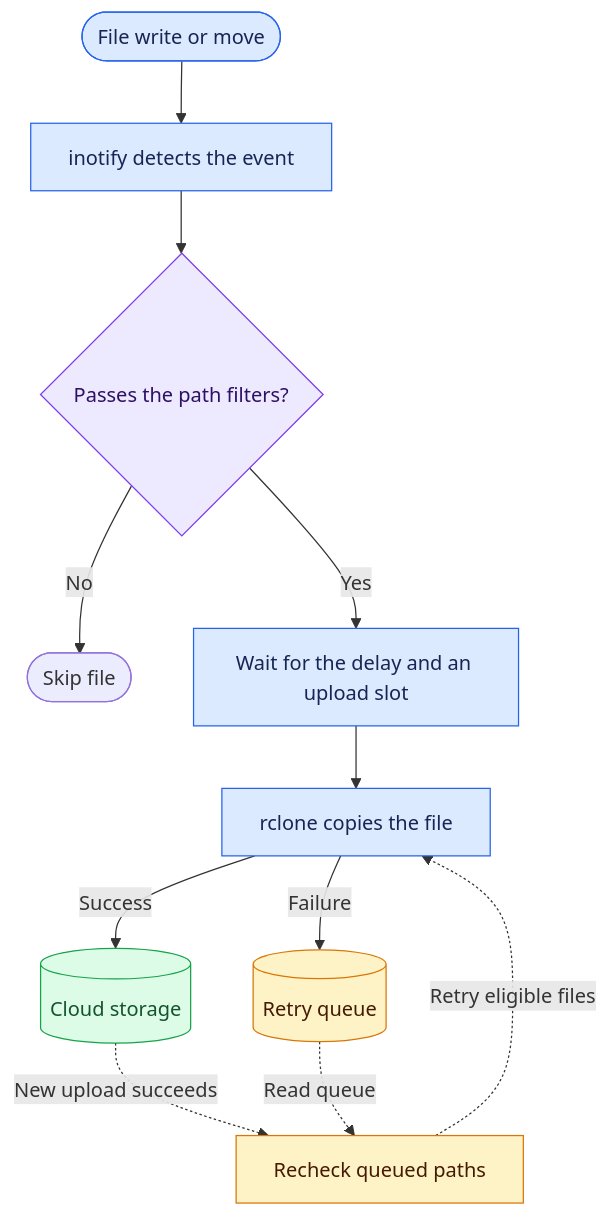
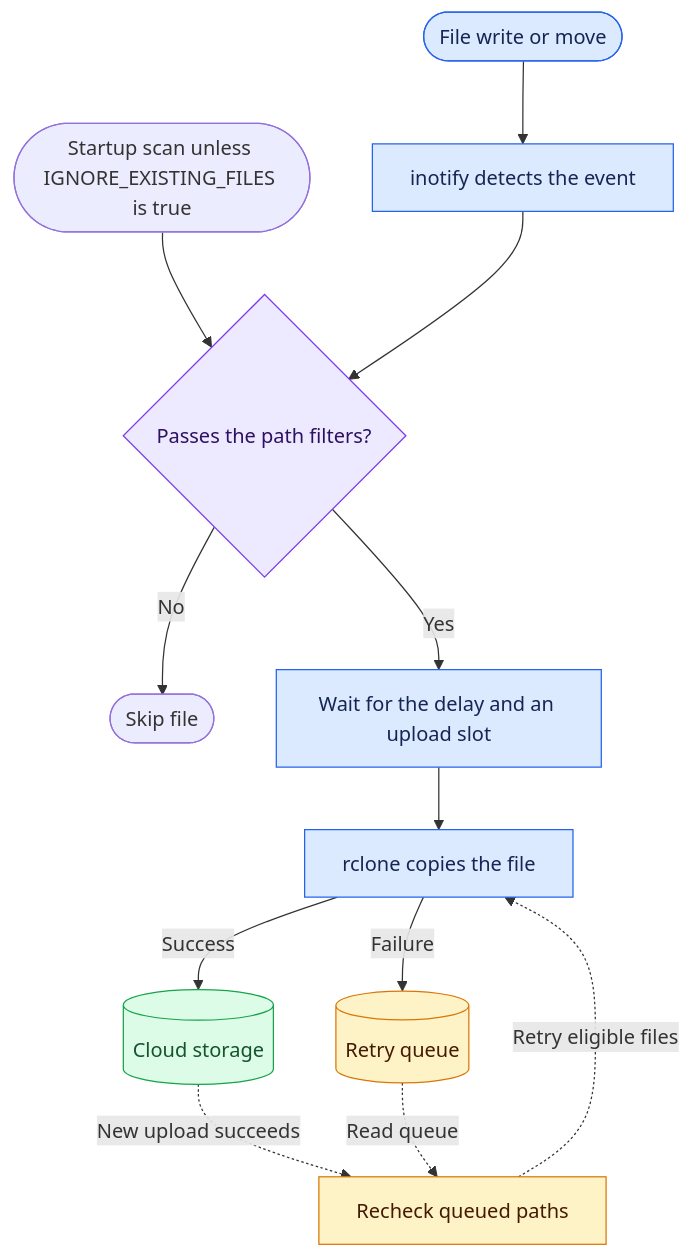
The diagram in README.md (ldsink/rclone-watch), drawn with Mermaid before and after one commit. The commit also changed other lines of this file and 4 other files, not shown here.

Commit message:
Upload existing files at startup by default

````diff
--- a/README.md
+++ b/README.md
@@ -125,22 +126,23 @@
 ```mermaid
 flowchart TD
     Event(["File write or move"]) --> Watch["inotify detects the event"]
+    Startup(["Startup scan unless IGNORE_EXISTING_FILES is true"]) --> Filters
     Watch --> Filters{"Passes the path filters?"}
     Filters -->|No| Skip(["Skip file"])
     Filters -->|Yes| Wait["Wait for the delay and an upload slot"]
     Wait --> Upload["rclone copies the file"]
     Upload -->|Success| Cloud[("Cloud storage")]
     Upload -->|Failure| Queue[("Retry queue")]
     Cloud -.->|New upload succeeds| Retry["Recheck queued paths"]
     Queue -.->|Read queue| Retry
     Retry -.->|Retry eligible files| Upload
 
     classDef input fill:#dbeafe,stroke:#2563eb,color:#172554
     classDef decision fill:#ede9fe,stroke:#7c3aed,color:#2e1065
     classDef success fill:#dcfce7,stroke:#16a34a,color:#14532d
     classDef retry fill:#fef3c7,stroke:#d97706,color:#451a03
     class Event,Watch,Wait,Upload input
     class Filters decision
     class Cloud success
     class Queue,Retry retry
 ```
````
